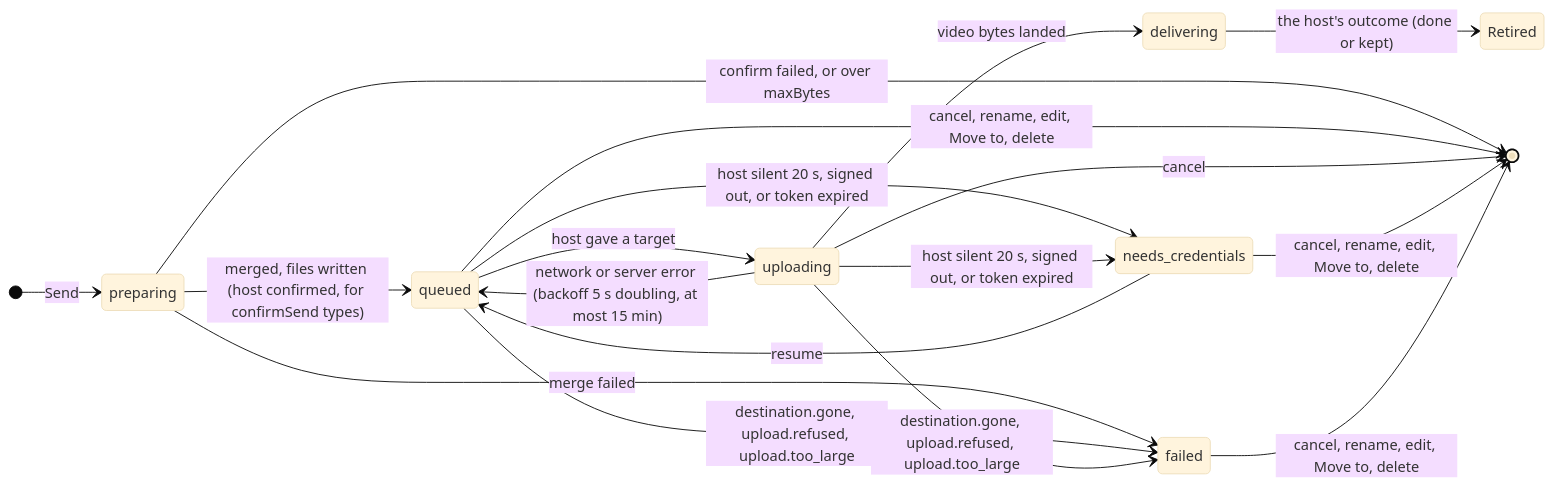
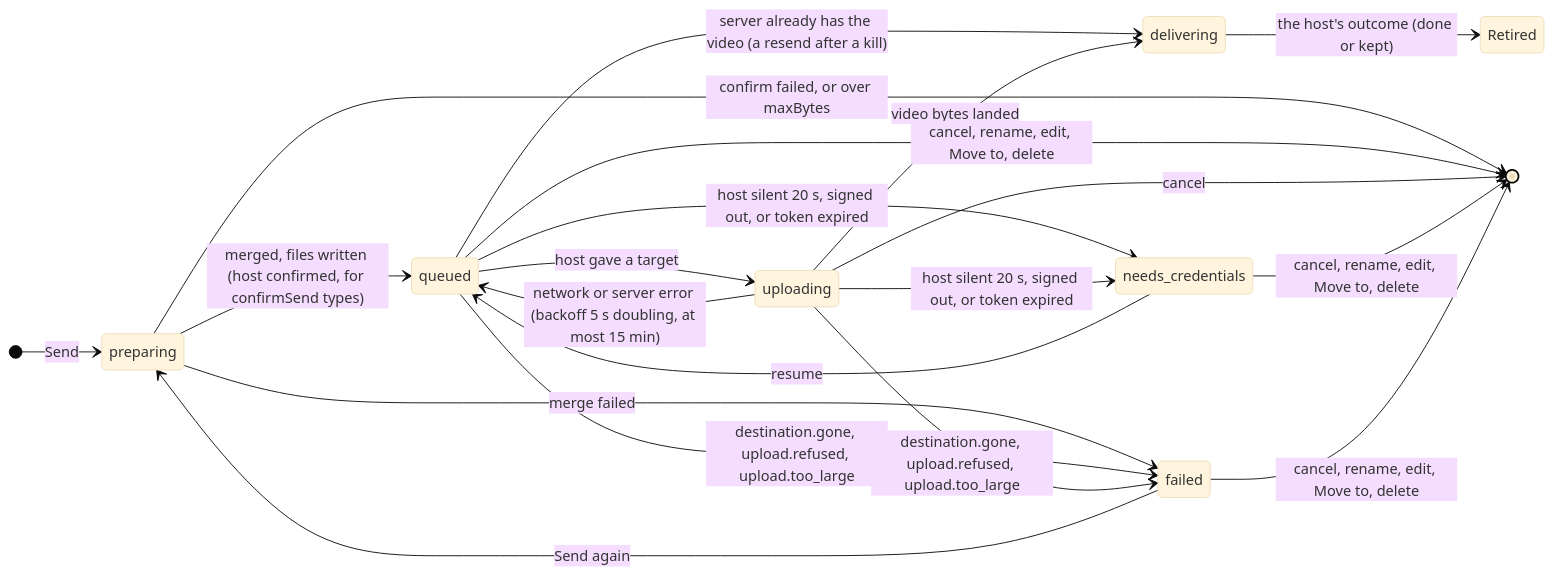
The second of 3 diagrams in docs/persistence.md (mieweb/pulse), drawn with Mermaid (base theme) before and after one commit. The commit also changed 4 other files, not shown here.

````diff
--- a/docs/persistence.md
+++ b/docs/persistence.md
@@ -188,21 +188,23 @@
 ```mermaid
 stateDiagram-v2
   direction LR
   [*] --> preparing: Send
   preparing --> queued: merged, files written (host confirmed, for confirmSend types)
   preparing --> [*]: confirm failed, or over maxBytes
   preparing --> failed: merge failed
   queued --> uploading: host gave a target
+  queued --> delivering: server already has the video (a resend after a kill)
   uploading --> queued: network or server error (backoff 5 s doubling, at most 15 min)
   uploading --> delivering: video bytes landed
   queued --> needs_credentials: host silent 20 s, signed out, or token expired
   uploading --> needs_credentials: host silent 20 s, signed out, or token expired
   needs_credentials --> queued: resume
   queued --> failed: destination.gone, upload.refused, upload.too_large
   uploading --> failed: destination.gone, upload.refused, upload.too_large
   delivering --> Retired: the host's outcome (done or kept)
   queued --> [*]: cancel, rename, edit, Move to, delete
   uploading --> [*]: cancel
   needs_credentials --> [*]: cancel, rename, edit, Move to, delete
+  failed --> preparing: Send again
   failed --> [*]: cancel, rename, edit, Move to, delete
 ```
````
